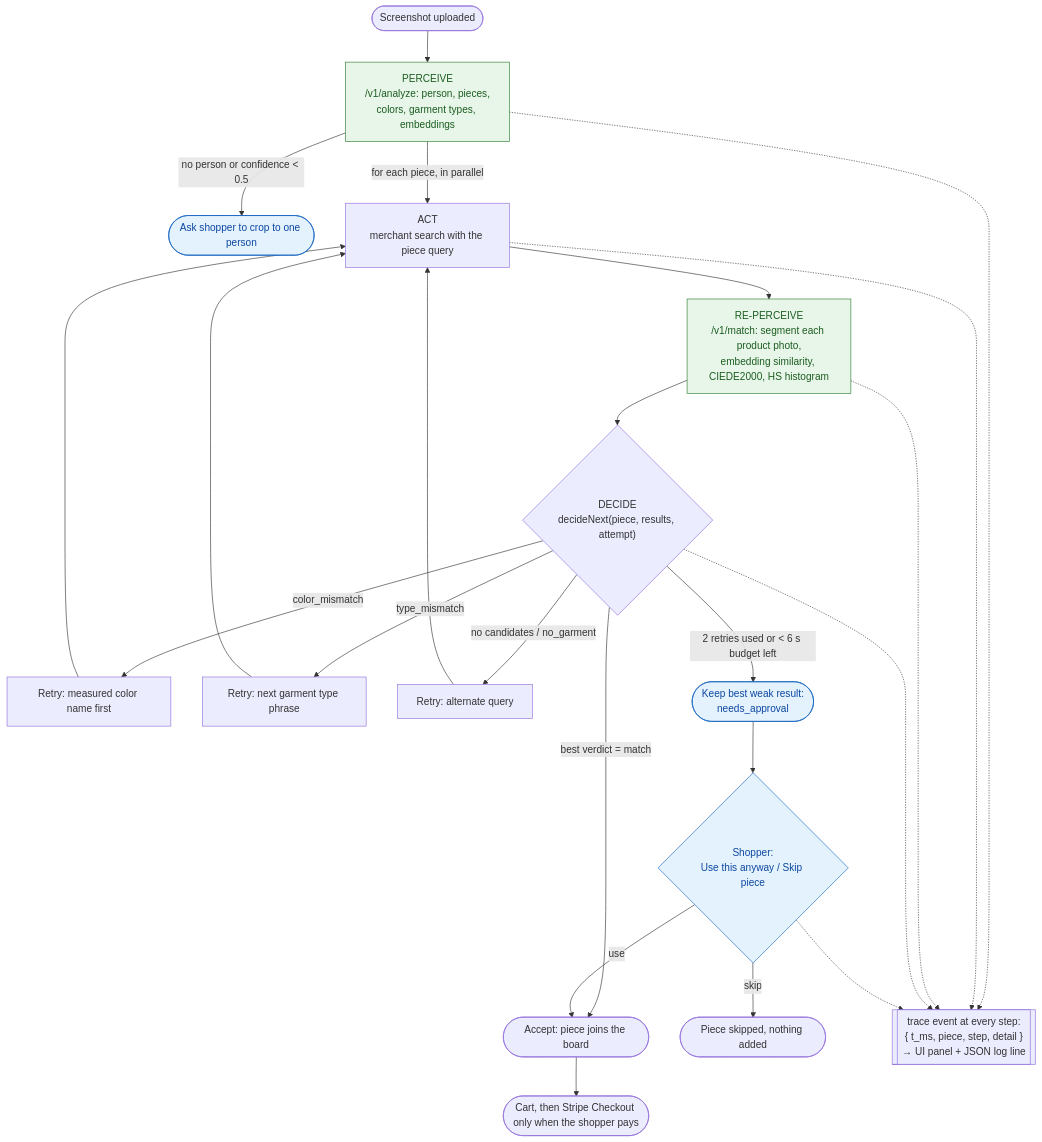
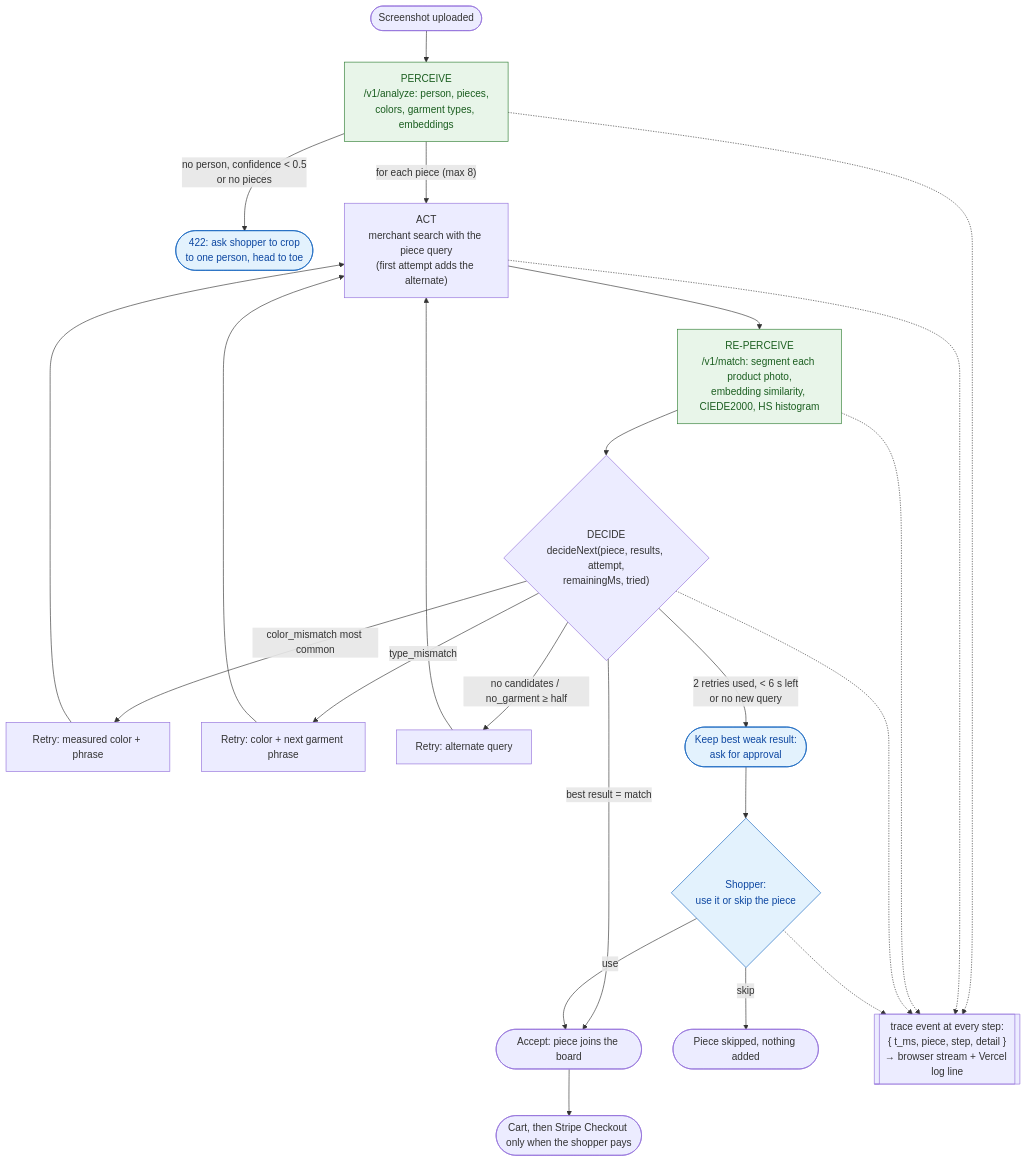
The diagram in docs/opencv-competition/agent-workflow.mmd (ohong/halloween-supply), drawn with Mermaid before and after one commit. The commit also changed 8 other files, not shown here.

```diff
--- a/docs/opencv-competition/agent-workflow.mmd
+++ b/docs/opencv-competition/agent-workflow.mmd
@@ -1,38 +1,38 @@
-%% Source for agent-workflow.svg. Render: bunx @mermaid-js/mermaid-cli -i agent-workflow.mmd -o agent-workflow.svg -b transparent
+%% Source for agent-workflow.svg. Render: bunx @mermaid-js/mermaid-cli@11.4.2 -i agent-workflow.mmd -o agent-workflow.svg -b white
 flowchart TD
   upload(["Screenshot uploaded"]) --> perceive
 
   perceive["PERCEIVE<br/>/v1/analyze: person, pieces,<br/>colors, garment types, embeddings"]
-  perceive -- "no person or confidence &lt; 0.5" --> crop(["Ask shopper to crop to one person"])
-  perceive -- "for each piece, in parallel" --> act
+  perceive -- "no person, confidence &lt; 0.5<br/>or no pieces" --> crop(["422: ask shopper to crop<br/>to one person, head to toe"])
+  perceive -- "for each piece (max 8)" --> act
 
-  act["ACT<br/>merchant search with the piece query"]
+  act["ACT<br/>merchant search with the piece query<br/>(first attempt adds the alternate)"]
   act --> reperceive["RE-PERCEIVE<br/>/v1/match: segment each product photo,<br/>embedding similarity, CIEDE2000, HS histogram"]
-  reperceive --> decide{"DECIDE<br/>decideNext(piece, results, attempt)"}
+  reperceive --> decide{"DECIDE<br/>decideNext(piece, results, attempt,<br/>remainingMs, tried)"}
 
-  decide -- "best verdict = match" --> accept(["Accept: piece joins the board"])
-  decide -- "color_mismatch" --> rc["Retry: measured color name first"]
-  decide -- "type_mismatch" --> rt["Retry: next garment type phrase"]
-  decide -- "no candidates / no_garment" --> ra["Retry: alternate query"]
-  decide -- "2 retries used or &lt; 6 s budget left" --> approve(["Keep best weak result:<br/>needs_approval"])
+  decide -- "best result = match" --> accept(["Accept: piece joins the board"])
+  decide -- "color_mismatch most common" --> rc["Retry: measured color + phrase"]
+  decide -- "type_mismatch" --> rt["Retry: color + next garment phrase"]
+  decide -- "no candidates / no_garment ≥ half" --> ra["Retry: alternate query"]
+  decide -- "2 retries used, &lt; 6 s left<br/>or no new query" --> approve(["Keep best weak result:<br/>ask for approval"])
 
   rc --> act
   rt --> act
   ra --> act
 
-  approve --> human{"Shopper:<br/>Use this anyway / Skip piece"}
+  approve --> human{"Shopper:<br/>use it or skip the piece"}
   human -- "use" --> accept
   human -- "skip" --> skipped(["Piece skipped, nothing added"])
   accept --> cart(["Cart, then Stripe Checkout only when the shopper pays"])
 
-  trace[["trace event at every step:<br/>{ t_ms, piece, step, detail }<br/>→ UI panel + JSON log line"]]
+  trace[["trace event at every step:<br/>{ t_ms, piece, step, detail }<br/>→ browser stream + Vercel log line"]]
   perceive -.-> trace
   act -.-> trace
   reperceive -.-> trace
   decide -.-> trace
   human -.-> trace
 
   classDef cv fill:#e8f5e9,stroke:#2e7d32,color:#1b5e20
   classDef human fill:#e3f2fd,stroke:#1565c0,color:#0d47a1
   class perceive,reperceive cv
   class human,crop,approve human
```
